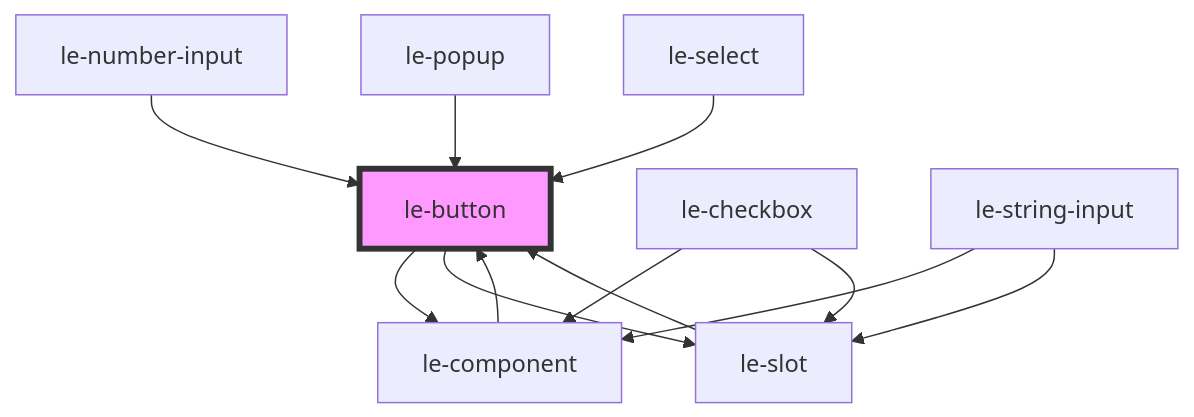
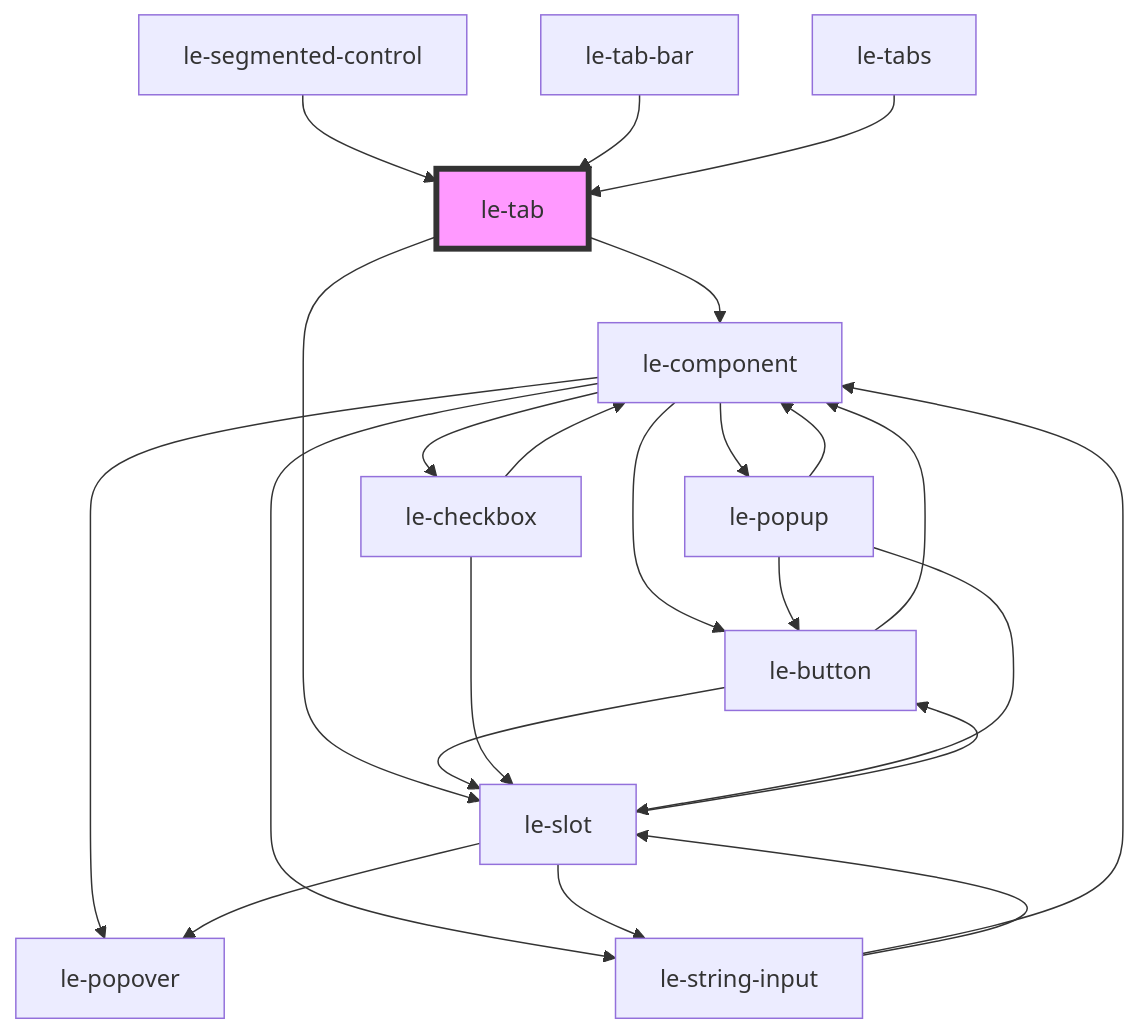
One commit to leechy/le-kit changed the diagram in src/components/le-tab/readme.md. Above: the diagram before and after it, drawn with Mermaid. The commit also changed other lines of this file and 29 other files, not shown here.

````diff
--- a/src/components/le-tab/readme.md
+++ b/src/components/le-tab/readme.md
@@ -143,15 +157,26 @@
 ```mermaid
 graph TD;
+  le-tab --> le-component
+  le-tab --> le-slot
+  le-component --> le-button
+  le-component --> le-checkbox
+  le-component --> le-string-input
+  le-component --> le-popover
+  le-component --> le-popup
   le-button --> le-component
   le-button --> le-slot
-  le-component --> le-button
+  le-slot --> le-popover
+  le-slot --> le-button
+  le-slot --> le-string-input
+  le-string-input --> le-component
+  le-string-input --> le-slot
   le-checkbox --> le-component
   le-checkbox --> le-slot
-  le-slot --> le-button
-  le-string-input --> le-component
-  le-string-input --> le-slot
-  le-number-input --> le-button
+  le-popup --> le-slot
   le-popup --> le-button
-  le-select --> le-button
-  style le-button fill:#f9f,stroke:#333,stroke-width:4px
+  le-popup --> le-component
+  le-segmented-control --> le-tab
+  le-tab-bar --> le-tab
+  le-tabs --> le-tab
+  style le-tab fill:#f9f,stroke:#333,stroke-width:4px
 ```
````
